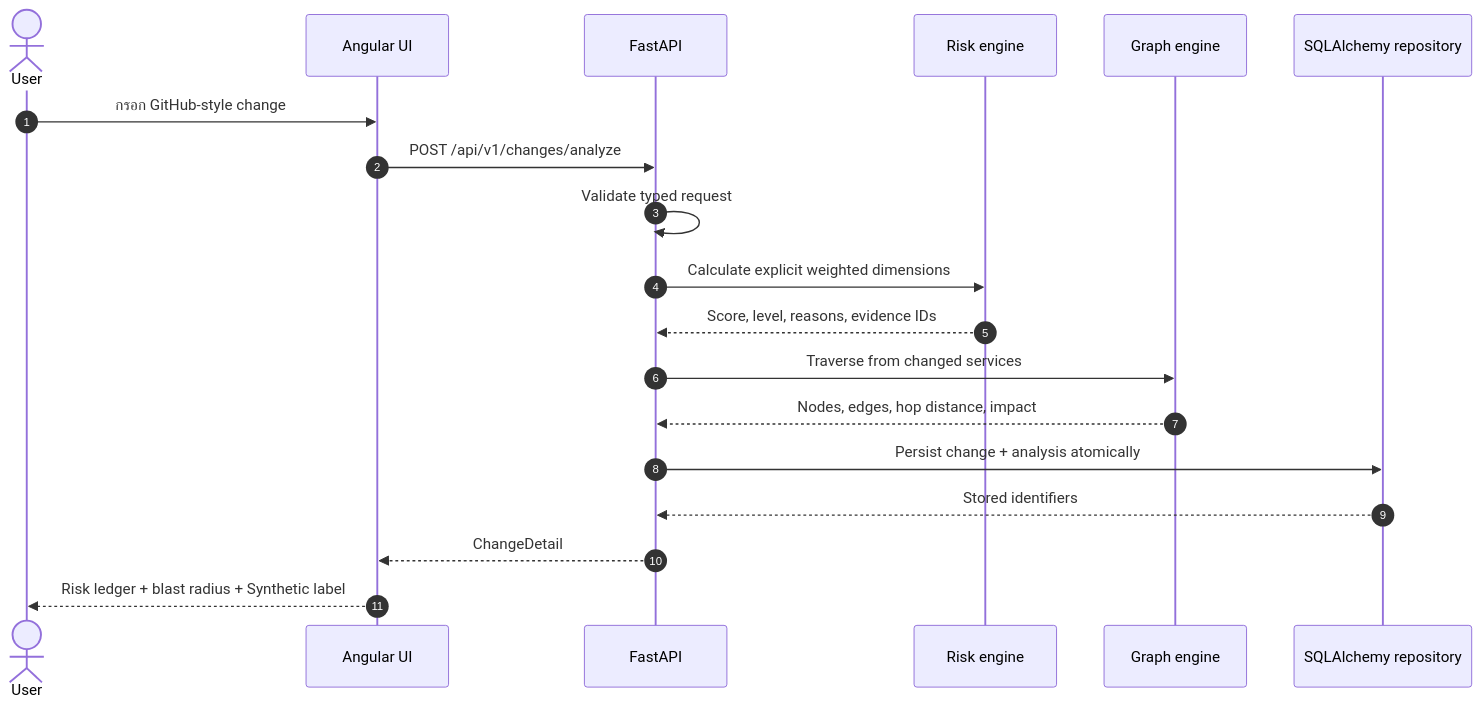
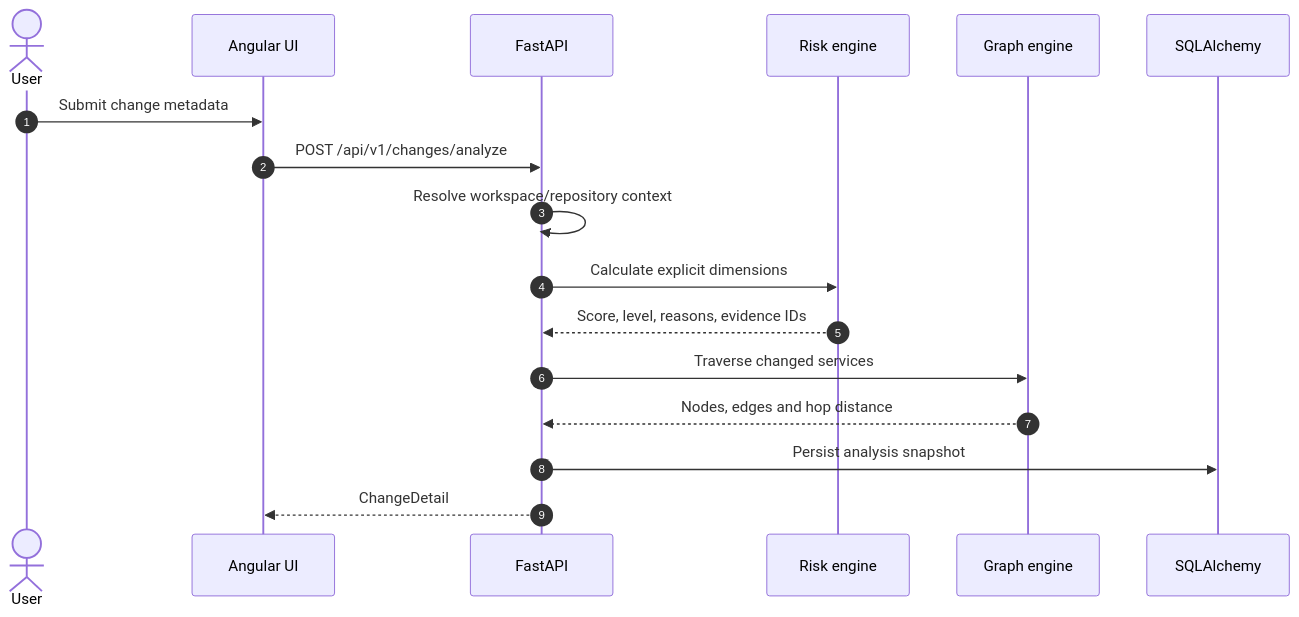
Before and after one commit to kingggg5/deployguardai: the third of 5 diagrams in docs/ARCHITECTURE.md, drawn with Mermaid. The commit also changed other lines of this file and 54 other files, not shown here.

````diff
--- a/docs/ARCHITECTURE.md
+++ b/docs/ARCHITECTURE.md
@@ -121,22 +154,20 @@
 ```mermaid
 sequenceDiagram
     autonumber
     actor User
     participant UI as Angular UI
     participant API as FastAPI
     participant Risk as Risk engine
     participant Graph as Graph engine
-    participant DB as SQLAlchemy repository
+    participant DB as SQLAlchemy
 
-    User->>UI: กรอก GitHub-style change
+    User->>UI: Submit change metadata
     UI->>API: POST /api/v1/changes/analyze
-    API->>API: Validate typed request
-    API->>Risk: Calculate explicit weighted dimensions
+    API->>API: Resolve workspace/repository context
+    API->>Risk: Calculate explicit dimensions
     Risk-->>API: Score, level, reasons, evidence IDs
-    API->>Graph: Traverse from changed services
-    Graph-->>API: Nodes, edges, hop distance, impact
-    API->>DB: Persist change + analysis atomically
-    DB-->>API: Stored identifiers
+    API->>Graph: Traverse changed services
+    Graph-->>API: Nodes, edges and hop distance
+    API->>DB: Persist analysis snapshot
     API-->>UI: ChangeDetail
-    UI-->>User: Risk ledger + blast radius + Synthetic label
 ```
````
